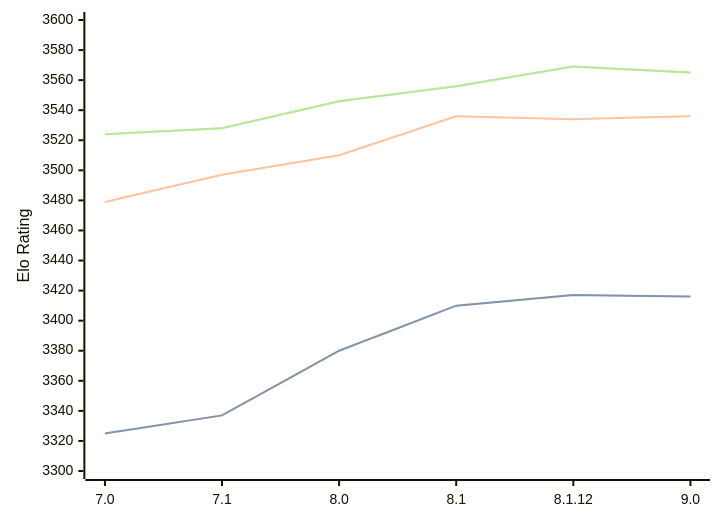
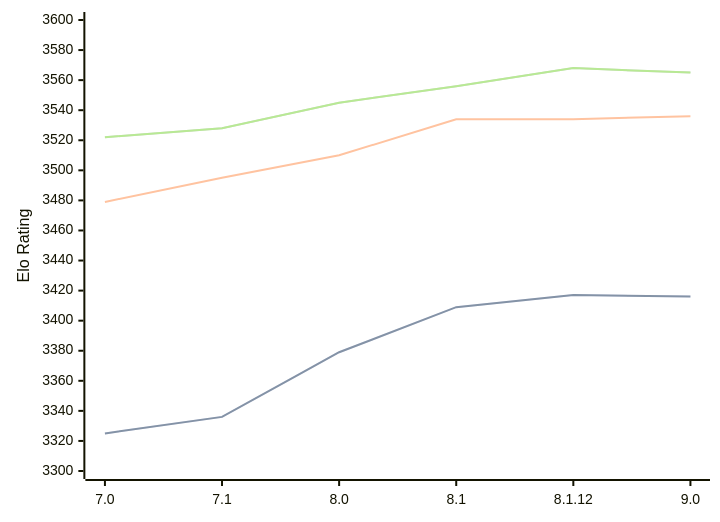
One commit to computer-chess-index/cci changed the diagram in engines/Alexandria.md. Above: the diagram before and after it, drawn with Mermaid. The commit also changed other lines of this file, not shown here.

Commit message:
Update CCI Ratings (ELO VLTC) - 2026-07-27

````diff
--- a/engines/Alexandria.md
+++ b/engines/Alexandria.md
@@ -55,11 +55,11 @@
 ```mermaid
 %%{init: {"theme":"base","themeVariables":{"seriesColors:['#a3a3a3','#222221','#faa371']}}}%%
 xychart-beta
   x-axis ["7.0", "7.1", "8.0", "8.1", "8.1.12", "9.0"]
   y-axis "Elo Rating" 3300 --> 3600
-  line "STC (8.0+0.08s)" [3325, 3337, 3380, 3410, 3417, 3416]
-  line "STC (8.0+0.08s)" [3325, 3337, 3380, 3410, 3417, 3416]
-  line "LTC (60.0+0.60s)" [3479, 3497, 3510, 3536, 3534, 3536]
-  line "VLTC (2m24s+1.12s)" [3524, 3528, 3546, 3556, 3569, 3565]
-  line "VLTC (2m24s+1.12s)" [3524, 3528, 3546, 3556, 3569, 3565]
+  line "STC (8.0+0.08s)" [3325, 3336, 3379, 3409, 3417, 3416]
+  line "STC (8.0+0.08s)" [3325, 3336, 3379, 3409, 3417, 3416]
+  line "LTC (60.0+0.60s)" [3479, 3495, 3510, 3534, 3534, 3536]
+  line "VLTC (2m24s+1.12s)" [3522, 3528, 3545, 3556, 3568, 3565]
+  line "VLTC (2m24s+1.12s)" [3522, 3528, 3545, 3556, 3568, 3565]
 ```
````
